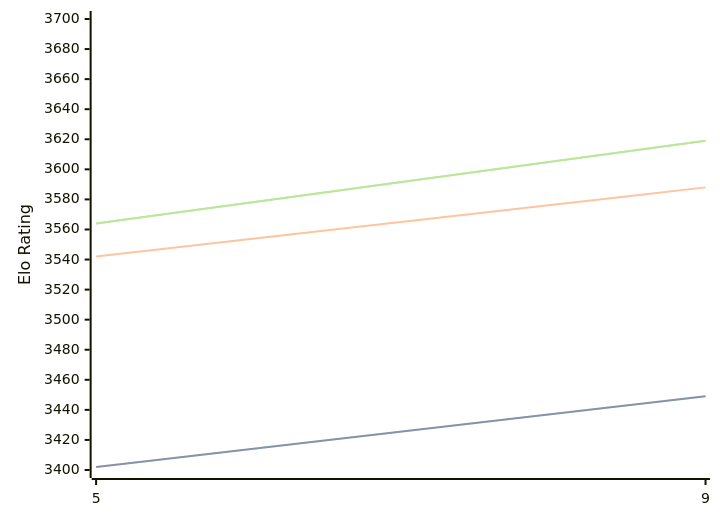
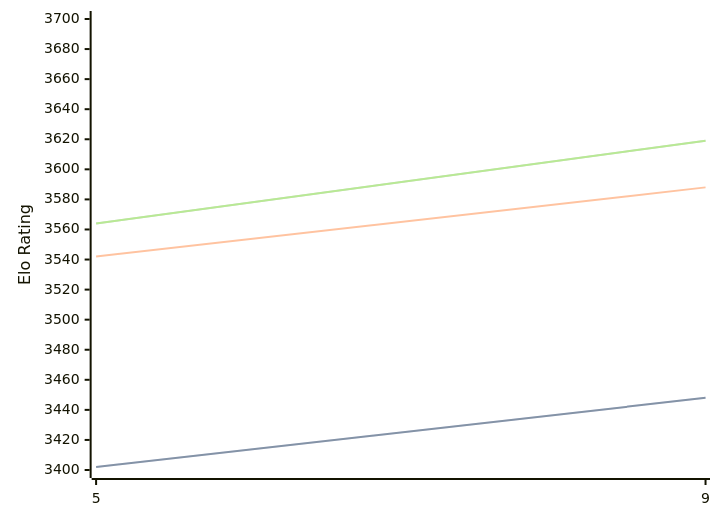
The diagram in engines/Crystal.md (computer-chess-index/cci), drawn with Mermaid before and after one commit. The commit also changed other lines of this file, not shown here.

Commit message:
Update CCI Ratings (ELO VLTC) - 2026-03-24

````diff
--- a/engines/Crystal.md
+++ b/engines/Crystal.md
@@ -60,11 +60,11 @@
 ```mermaid
 %%{init: {"theme":"base","themeVariables":{"seriesColors:['#a3a3a3','#222221','#faa371']}}}%%
 xychart-beta
   x-axis ["5", "9"]
   y-axis "Elo Rating" 3400 --> 3700
-  line "STC (8.0+0.08s)" [3402, 3449]
-  line "STC (8.0+0.08s)" [3402, 3449]
+  line "STC (8.0+0.08s)" [3402, 3448]
+  line "STC (8.0+0.08s)" [3402, 3448]
   line "LTC (60.0+0.60s)" [3542, 3588]
   line "VLTC (2m24s+1.12s)" [3564, 3619]
   line "VLTC (2m24s+1.12s)" [3564, 3619]
 ```
````
